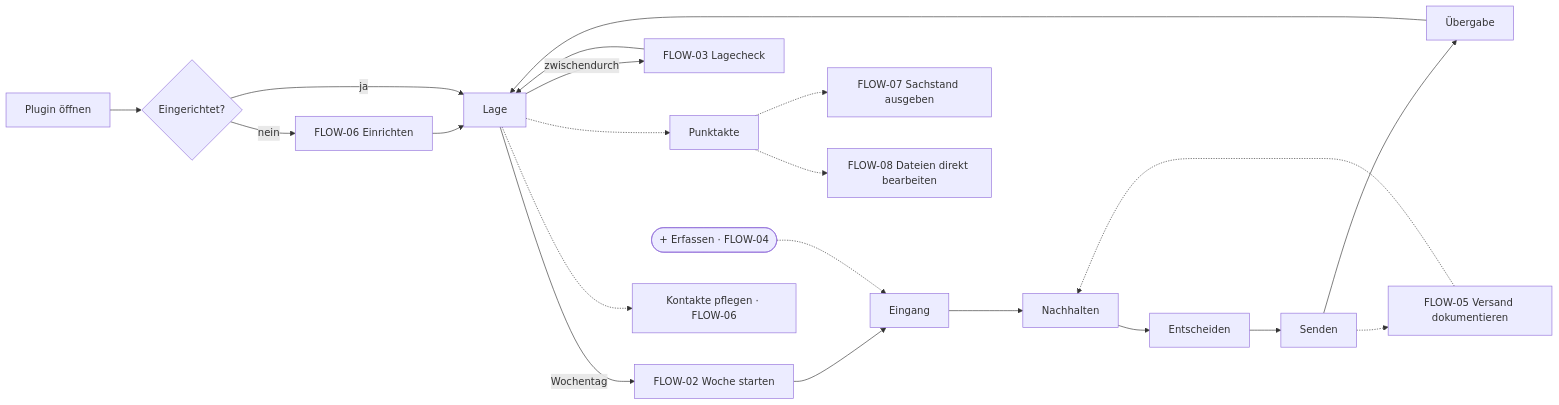
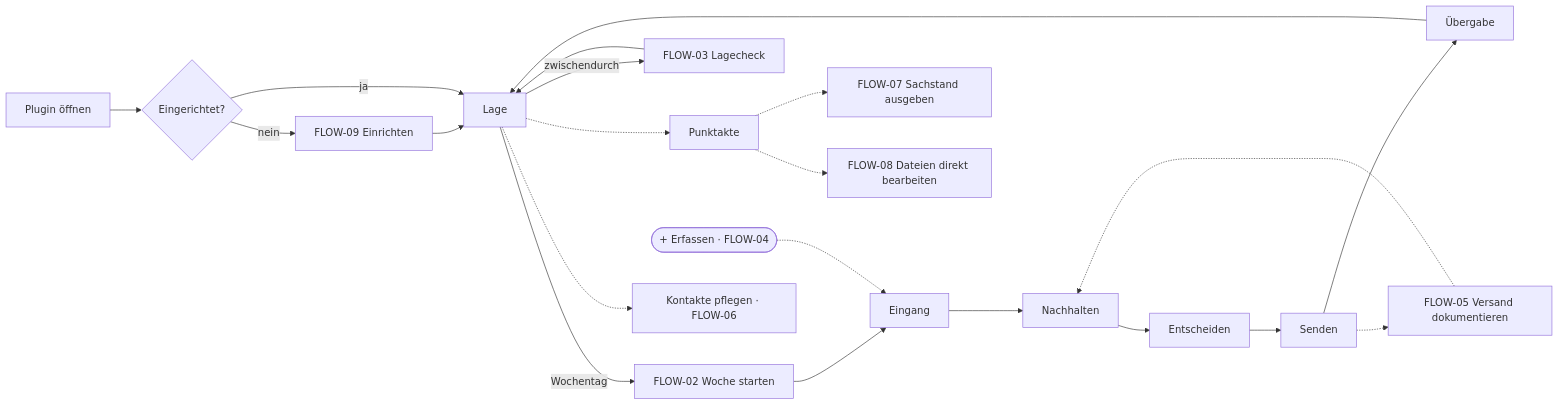
One commit to Luis85/weg-manager changed the diagram in docs/design/user-flows/FLOW-01 - Gesamtfluss des Beirats-MVP.md. Above: the diagram before and after it, drawn with Mermaid. The commit also changed other lines of this file and 21 other files, not shown here.

First line of the commit message:
docs: Onboarding-Feature F-25 mit Research, Flow, Ansicht und PBIs

````diff
--- a/docs/design/user-flows/FLOW-01 - Gesamtfluss des Beirats-MVP.md
+++ b/docs/design/user-flows/FLOW-01 - Gesamtfluss des Beirats-MVP.md
@@ -74,18 +75,18 @@
 ```mermaid
 flowchart LR
   A[Plugin öffnen] --> B{Eingerichtet?}
-  B -- nein --> E[FLOW-06 Einrichten]
+  B -- nein --> E[FLOW-09 Einrichten]
   E --> L
   B -- ja --> L[Lage]
   L -->|Wochentag| W[FLOW-02 Woche starten]
   W --> W1[Eingang] --> W2[Nachhalten] --> W3[Entscheiden] --> W4[Senden] --> W5[Übergabe]
   W5 --> L
   L -->|zwischendurch| C[FLOW-03 Lagecheck]
   C --> L
   X([+ Erfassen · FLOW-04]) -.-> W1
   W4 -.-> S[FLOW-05 Versand dokumentieren]
   S -.-> W2
   L -.-> P[Punktakte] -.-> O[FLOW-07 Sachstand ausgeben]
   L -.-> K[Kontakte pflegen · FLOW-06]
   P -.-> F[FLOW-08 Dateien direkt bearbeiten]
 ```
````
